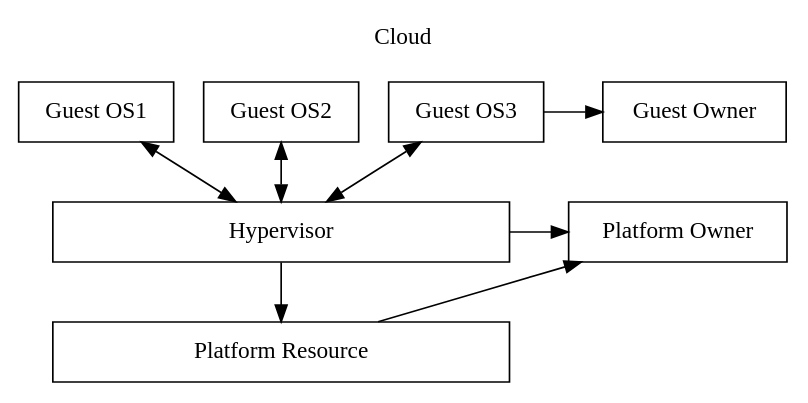
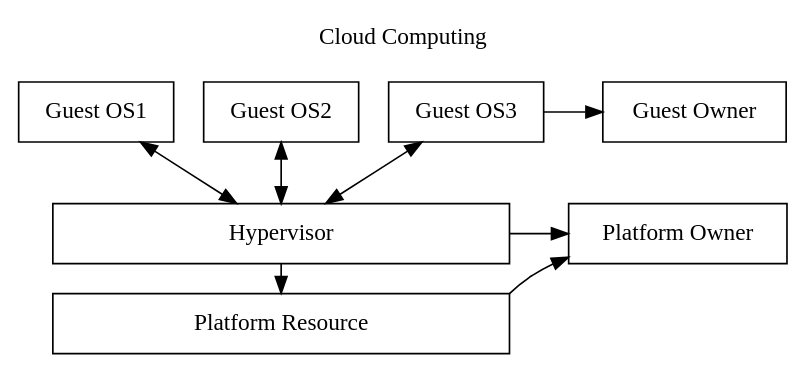
Before and after one commit to fengharry/draw: the diagram in cloud_owner.gv, drawn with Graphviz. The commit also changed 1 other file, not shown here.

```diff
--- a/cloud_owner.gv
+++ b/cloud_owner.gv
@@ -1,23 +1,23 @@
 digraph cloud_owner{
 	node[shape = box];
-	label = "Cloud \n "; labelloc = t;
+	label = "Cloud Computing\n "; labelloc = t;
+	ranksep = 0.25;
 
 	guest_os1[label = "Guest OS1"];
 	guest_os2[label = "Guest OS2"];
 	guest_os3[label = "Guest OS3"];	
-	hypervisor[label = "Hypervisor", width = 3.8];
-	platform_resource[label = "Platform Resource", width = 3.8];
+	hypervisor[label = "Hypervisor"; width = 3.8];
+	platform_resource[label = "Platform Resource"; width = 3.8];
 	guest_owner[label = "Guest Owner"; width = 1.5];
 	platform_owner[label = "Platform Owner"];
 
-	guest_os1 -> hypervisor[dir = both;];
-	guest_os2 -> hypervisor[dir = both;];
-	guest_os3 -> hypervisor[dir = both;];
+	guest_os1 -> hypervisor[dir = both; minlen = 2];
+	guest_os2 -> hypervisor[dir = both; minlen = 2];
+	guest_os3 -> hypervisor[dir = both; minlen = 2];
 	hypervisor -> platform_resource[weight = 8];
 
 	{rank = same; guest_os3 -> guest_owner[minlen = 2]}	
 	{rank = same; hypervisor -> platform_owner[minlen = 2]}
 
-	platform_resource -> platform_owner;
-
+	platform_resource -> platform_owner[tailport = ne];
 }
```
